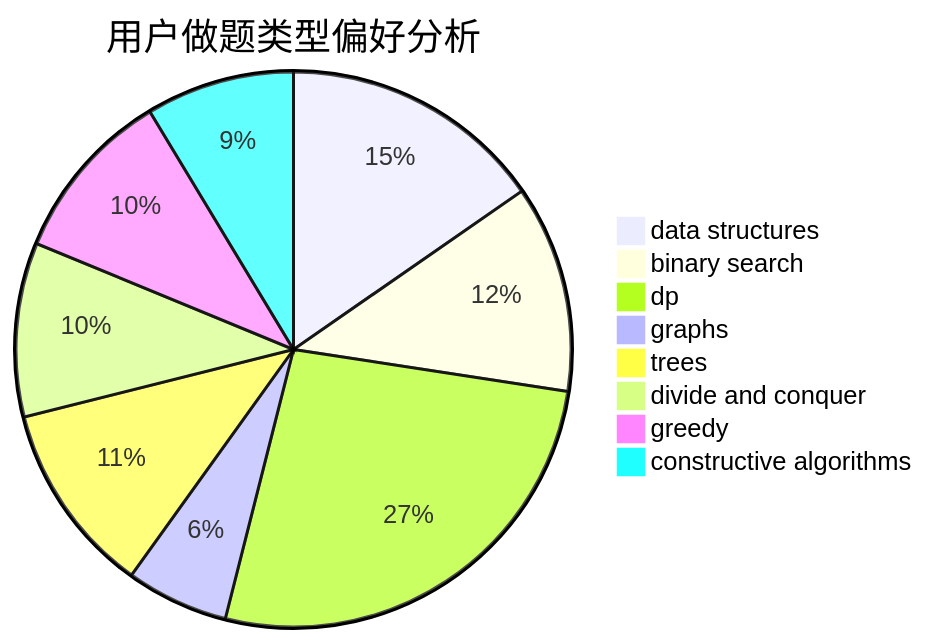
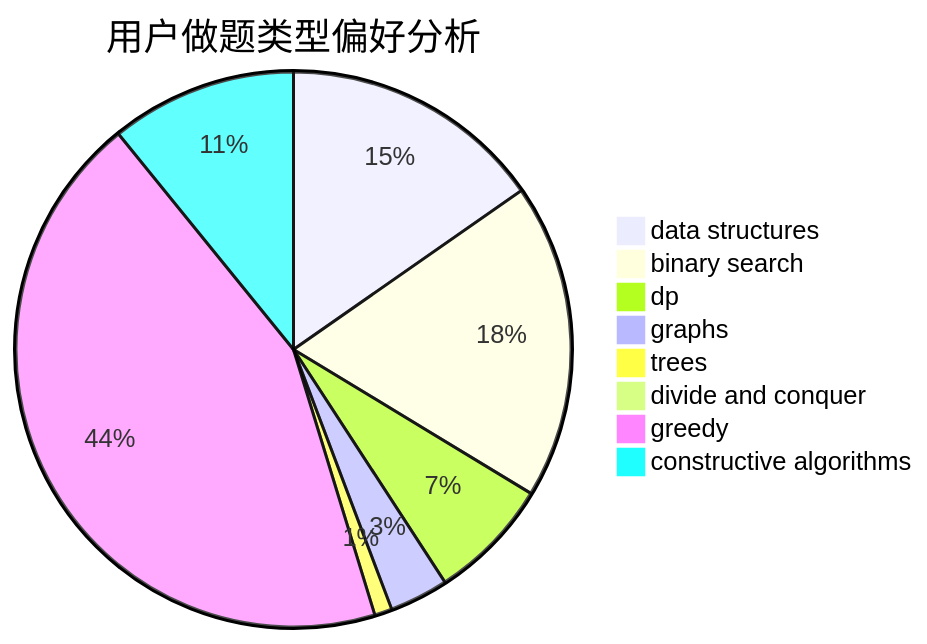
One commit to sherpahu/cfrs.github.io changed the second of 3 diagrams in docs/user/u213.md. Above: the diagram before and after it, drawn with Mermaid. The commit also changed other lines of this file and 2770 other files, not shown here.

````diff
--- a/docs/user/u213.md
+++ b/docs/user/u213.md
@@ -23,11 +23,11 @@
 ```mermaid
 pie title 用户做题类型偏好分析
-    "data structures" :  103
-    "binary search" :  81
-    "dp" :  178
-    "graphs" :  40
-    "trees" :  75
-    "divide and conquer" :  68
-    "greedy" :  68
-    "constructive algorithms" :  58
+    "data structures" :  165
+    "binary search" :  198
+    "dp" :  77
+    "graphs" :  37
+    "trees" :  11
+    "divide and conquer" :  0
+    "greedy" :  473
+    "constructive algorithms" :  117
 ```
````
